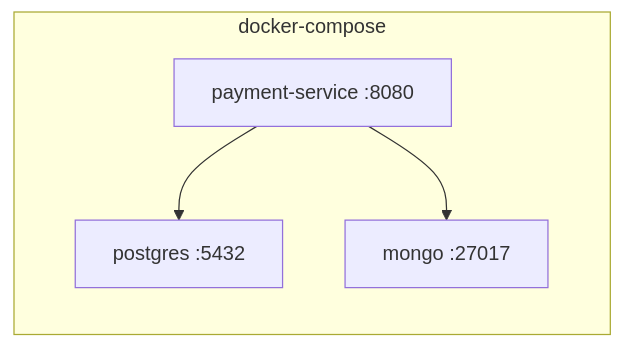
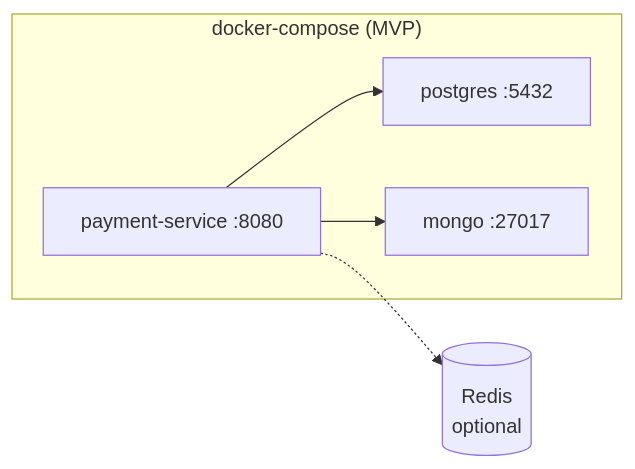
Before and after one commit to aaami1ster/payment-processing-system: the fourth of 4 diagrams in docs/high-level-design.md, drawn with Mermaid. The commit also changed other lines of this file and 2 other files, not shown here.

First line of the commit message:
docs: update design documents to include optional enhancements and clarify architecture

````diff
--- a/docs/high-level-design.md
+++ b/docs/high-level-design.md
@@ -580,10 +590,12 @@
 ```mermaid
 flowchart LR
-    subgraph Compose["docker-compose"]
+    subgraph Compose["docker-compose (MVP)"]
         App["payment-service :8080"]
         PG["postgres :5432"]
         MG["mongo :27017"]
     end
+    RedisOpt[("Redis<br/>optional")]
     App --> PG
     App --> MG
+    App -.-> RedisOpt
 ```
````
